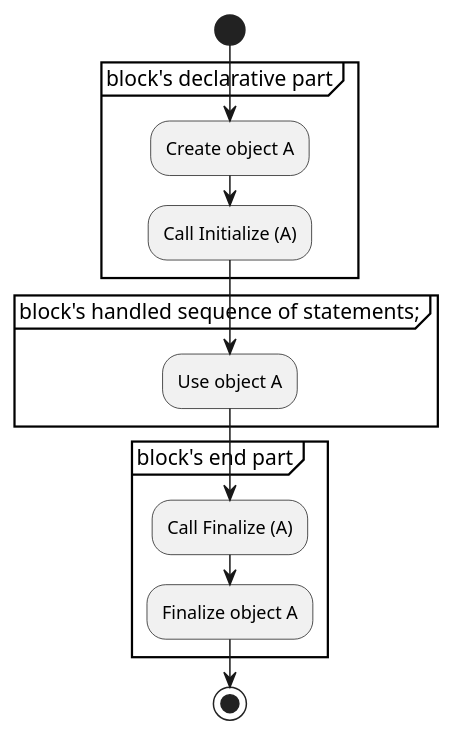
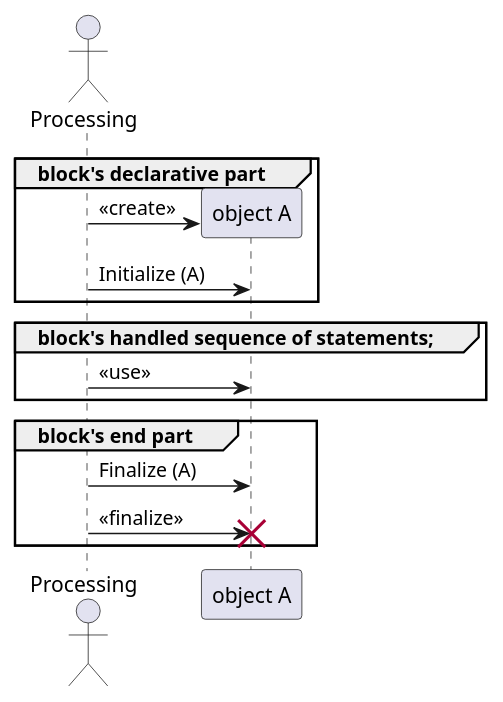
Before and after one commit to AdaCore/learn: the fifth of 9 diagrams in content/courses/advanced-ada/parts/resource_management/controlled_types.rst, drawn with PlantUML. The commit also changed other lines of this file, not shown here.

First line of the commit message:
Converting type of UML diagrams

```diff
--- a/content/courses/advanced-ada/parts/resource_management/controlled_types.rst
+++ b/content/courses/advanced-ada/parts/resource_management/controlled_types.rst
@@ -173,19 +181,20 @@
 .. uml::
    :align: center
-   :width: 230pt
+   :width: 300pt
 
     @startuml
-    start
-    group block's declarative part
-        :Create object A;
-        :Call Initialize (A);
-    end group
-    group block's handled sequence of statements;
-        :Use object A;
-    end group
-    group block's end part
-        :Call Finalize (A);
-        :Finalize object A;
-    end group
-    stop
+        actor Processing
+        participant "object A" as A
+
+        group block's declarative part
+            Processing -> A ** : << create >>
+            Processing -> A : Initialize (A)
+        end
+        group block's handled sequence of statements;
+            Processing -> A : << use >>
+        end
+        group block's end part
+            Processing -> A : Finalize (A)
+            Processing -> A !! : << finalize >>
+        end
     @enduml
```
